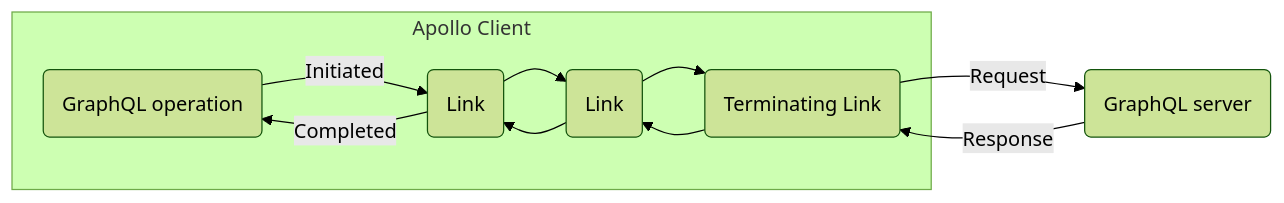
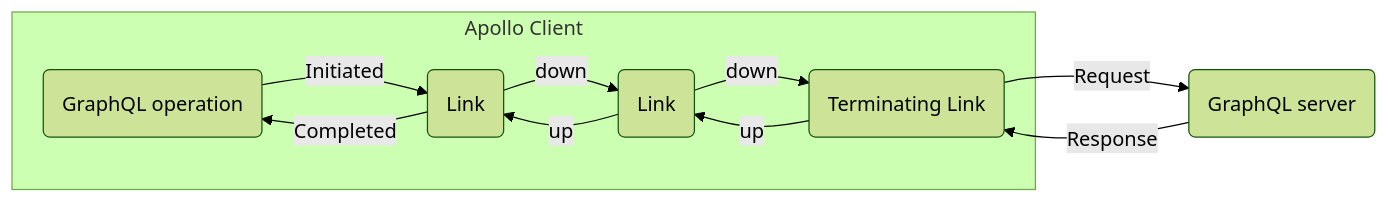
The first of 4 diagrams in docs/source/api/link/introduction.md (apollographql/apollo-client), drawn with Mermaid (forest theme) before and after one commit. The commit also changed other lines of this file and 2 other files, not shown here.

````diff
--- a/docs/source/api/link/introduction.md
+++ b/docs/source/api/link/introduction.md
@@ -10,19 +10,19 @@
 ```mermaid
 flowchart LR
   subgraph Apollo Client
   operation(GraphQL operation)
   link1(Link)
   link2(Link)
   link3(Terminating Link)
-  operation--Initiated-->link1
-  link1-->link2
-  link2-->link3
-  link3-->link2
-  link2-->link1
-  link1--Completed-->operation
+  operation--"Initiated"-->link1
+  link1--down-->link2
+  link2--down-->link3
+  link3--up-->link2
+  link2--up-->link1
+  link1--"Completed"-->operation
   end
   server(GraphQL server)
   link3--Request-->server
   server--Response-->link3
   class server secondary;
 ```
````
